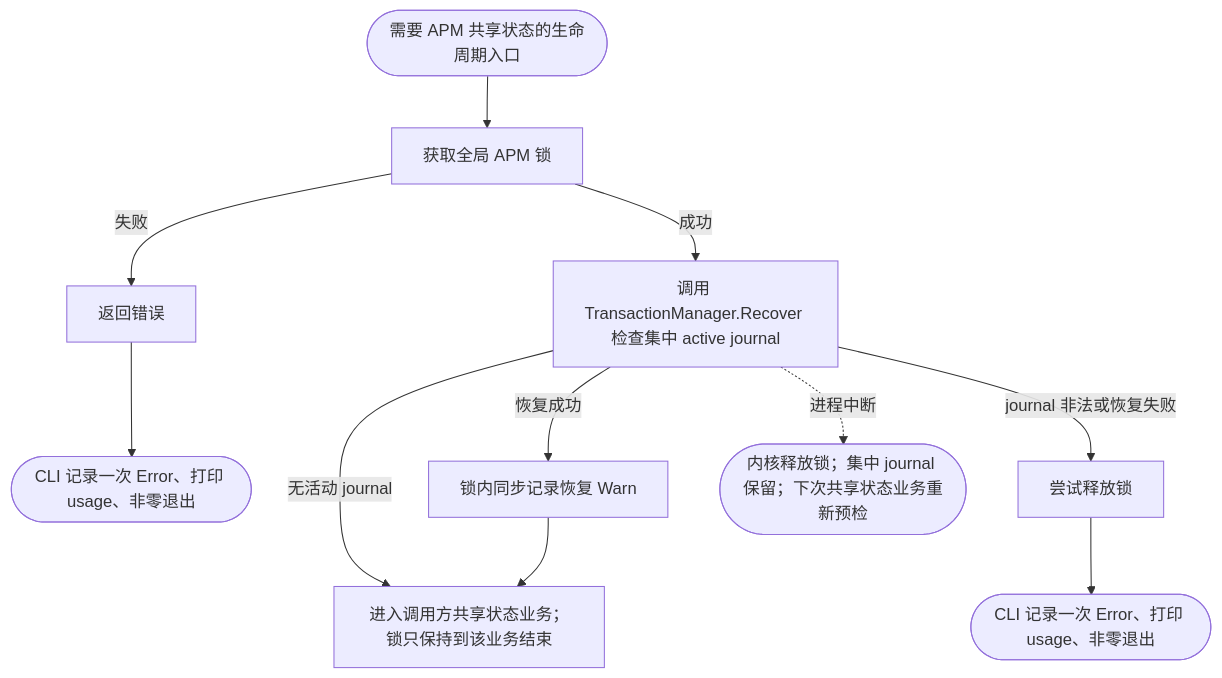
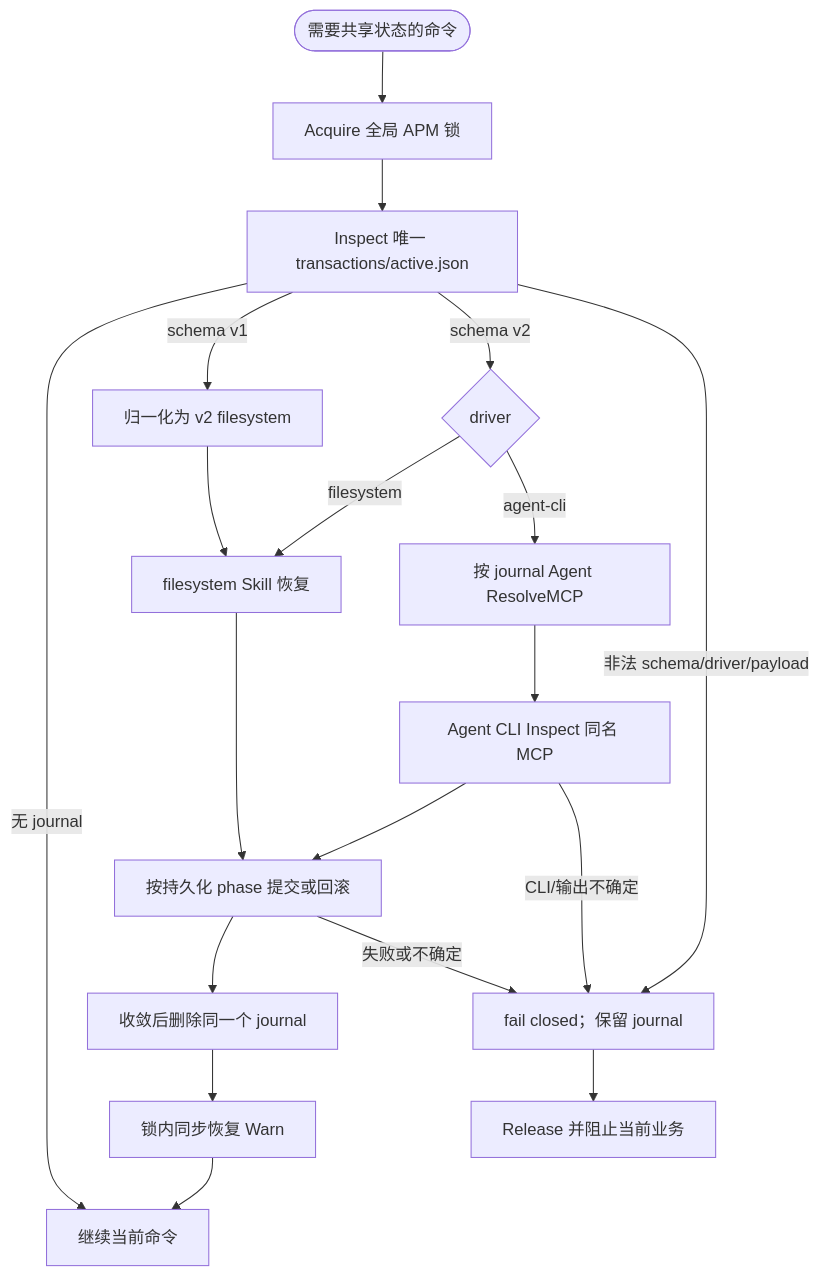
The diagram in ivory-tower/c4/components/apm-cli-lifecycle-diagrams/common-journal-recovery.mmd (spacemit-com/agent-power-manager), drawn with Mermaid before and after one commit. The commit also changed 19 other files, not shown here.

Commit message:
docs(mcp): document Agent CLI lifecycle

```diff
--- a/ivory-tower/c4/components/apm-cli-lifecycle-diagrams/common-journal-recovery.mmd
+++ b/ivory-tower/c4/components/apm-cli-lifecycle-diagrams/common-journal-recovery.mmd
@@ -1,8 +1,19 @@
 flowchart TD
-    RecoveryStart([需要 APM 共享状态的生命周期入口]) --> RecoveryLock[获取全局 APM 锁]
-    RecoveryLock -->|失败| RecoveryLockFail[返回错误] --> RecoveryLockExit([CLI 记录一次 Error、打印 usage、非零退出])
-    RecoveryLock -->|成功| RecoveryManager[调用 TransactionManager.Recover 检查集中 active journal]
-    RecoveryManager -->|无活动 journal| RecoveryResume[进入调用方共享状态业务；锁只保持到该业务结束]
-    RecoveryManager -->|恢复成功| RecoveryLog[锁内同步记录恢复 Warn] --> RecoveryResume
-    RecoveryManager -->|journal 非法或恢复失败| RecoveryRelease[尝试释放锁] --> RecoveryExitError([CLI 记录一次 Error、打印 usage、非零退出])
-    RecoveryManager -.进程中断.-> RecoveryInterrupted([内核释放锁；集中 journal 保留；下次共享状态业务重新预检])
+    Start([需要共享状态的命令]) --> Lock[Acquire 全局 APM 锁]
+    Lock --> Inspect[Inspect 唯一 transactions/active.json]
+    Inspect -->|无 journal| Resume[继续当前命令]
+    Inspect -->|schema v1| Normalize[归一化为 v2 filesystem]
+    Inspect -->|schema v2| Driver{driver}
+    Normalize --> FS[filesystem Skill 恢复]
+    Driver -->|filesystem| FS
+    Driver -->|agent-cli| CLI[按 journal Agent ResolveMCP]
+    FS --> Converge[按持久化 phase 提交或回滚]
+    CLI --> InspectMCP[Agent CLI Inspect 同名 MCP]
+    InspectMCP --> Converge
+    Converge --> Delete[收敛后删除同一个 journal]
+    Delete --> Warn[锁内同步恢复 Warn]
+    Warn --> Resume
+    Inspect -->|非法 schema/driver/payload| Fail[fail closed；保留 journal]
+    InspectMCP -->|CLI/输出不确定| Fail
+    Converge -->|失败或不确定| Fail
+    Fail --> Release[Release 并阻止当前业务]
```
